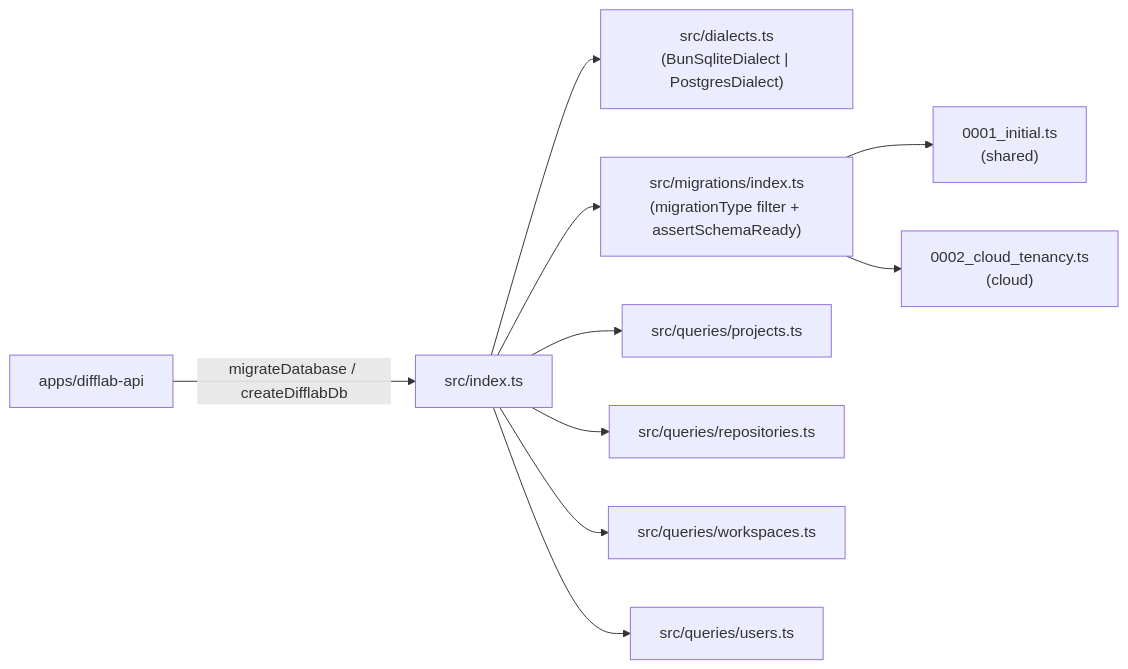
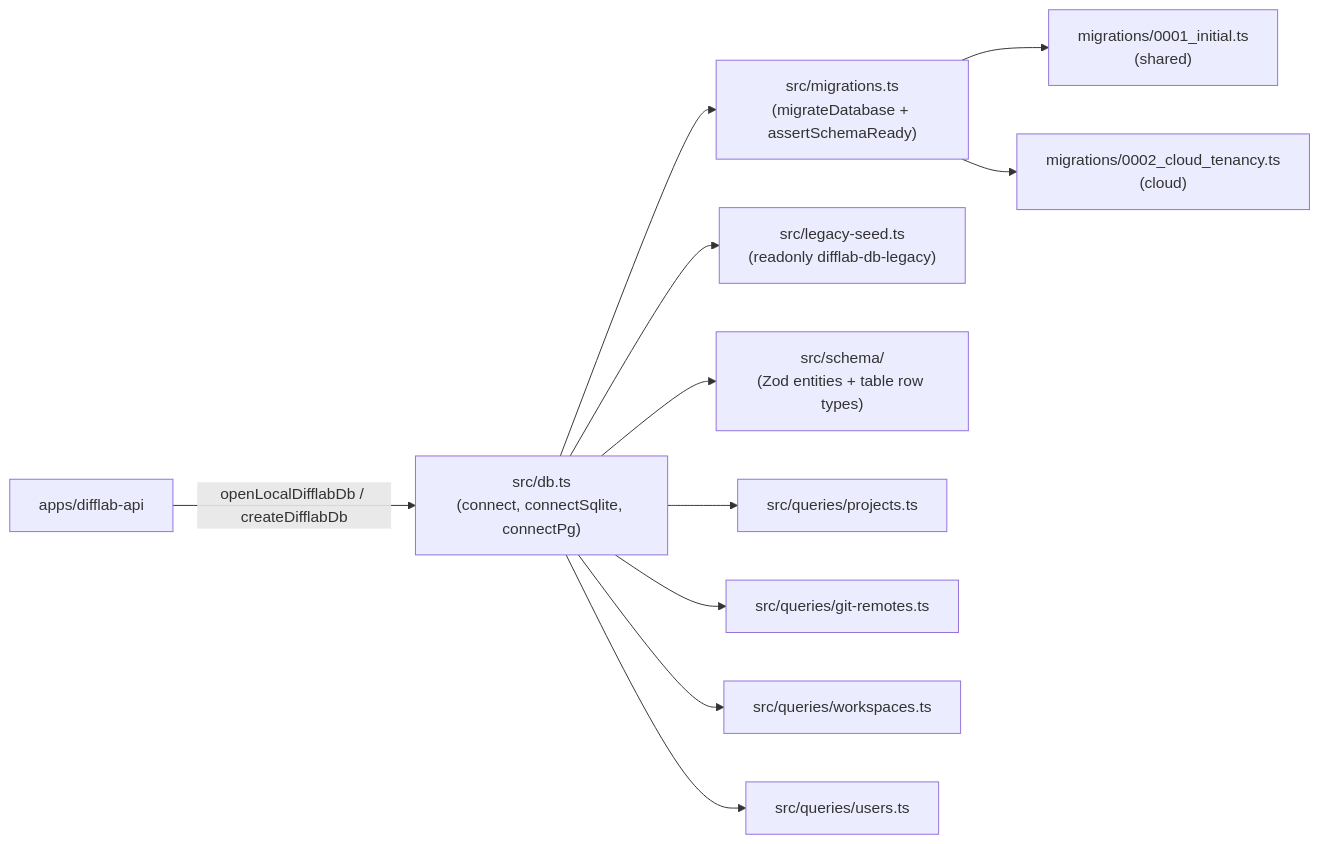
Before and after one commit to difflab-io/difflab: the first of 3 diagrams in docs/architecture/difflab-db/index.md, drawn with Mermaid. The commit also changed other lines of this file and 88 other files, not shown here.

````diff
--- a/docs/architecture/difflab-db/index.md
+++ b/docs/architecture/difflab-db/index.md
@@ -26,12 +26,13 @@
 ```mermaid
 flowchart LR
-  Caller["apps/difflab-api"] -->|"migrateDatabase / createDifflabDb"| Entry["src/index.ts"]
-  Entry --> Dialects["src/dialects.ts<br/>(BunSqliteDialect | PostgresDialect)"]
-  Entry --> Mig["src/migrations/index.ts<br/>(migrationType filter + assertSchemaReady)"]
-  Entry --> PQ["src/queries/projects.ts"]
-  Entry --> RQ["src/queries/repositories.ts"]
-  Entry --> WQ["src/queries/workspaces.ts"]
-  Entry --> UQ["src/queries/users.ts"]
-  Mig --> M1["0001_initial.ts<br/>(shared)"]
-  Mig --> M2["0002_cloud_tenancy.ts<br/>(cloud)"]
+  Caller["apps/difflab-api"] -->|"openLocalDifflabDb / createDifflabDb"| DB["src/db.ts<br/>(connect, connectSqlite, connectPg)"]
+  DB --> Mig["src/migrations.ts<br/>(migrateDatabase + assertSchemaReady)"]
+  DB --> Seed["src/legacy-seed.ts<br/>(readonly difflab-db-legacy)"]
+  DB --> Schema["src/schema/<br/>(Zod entities + table row types)"]
+  DB --> PQ["src/queries/projects.ts"]
+  DB --> GQ["src/queries/git-remotes.ts"]
+  DB --> WQ["src/queries/workspaces.ts"]
+  DB --> UQ["src/queries/users.ts"]
+  Mig --> M1["migrations/0001_initial.ts<br/>(shared)"]
+  Mig --> M2["migrations/0002_cloud_tenancy.ts<br/>(cloud)"]
 ```
````
